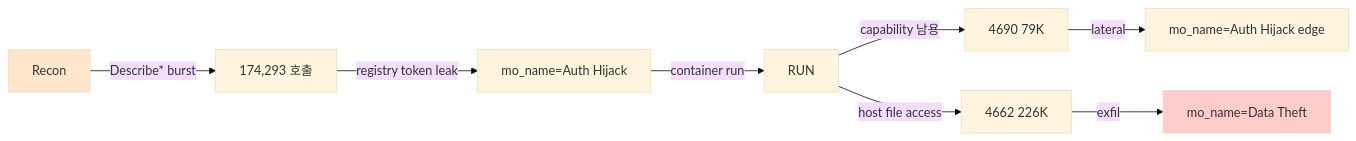
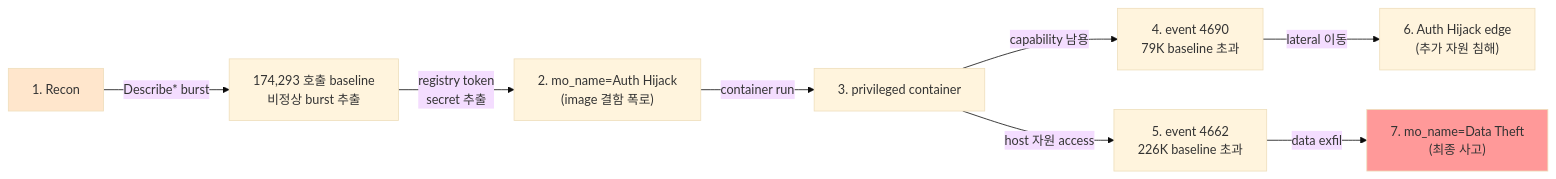
One commit to mrgrit/ccc changed the diagram in contents/education/course6-cloud-container/week08/lecture.md. Above: the diagram before and after it, drawn with Mermaid (base theme). The commit also changed other lines of this file and 12 other files, not shown here.

````diff
--- a/contents/education/course6-cloud-container/week08/lecture.md
+++ b/contents/education/course6-cloud-container/week08/lecture.md
@@ -520,13 +524,13 @@
 ```mermaid
 graph LR
-    R[Recon] -->|Describe* burst| RCN[174,293 호출]
-    RCN -->|registry token leak| AH["mo_name=Auth Hijack"]
-    AH -->|container run| RUN
-    RUN -->|capability 남용| E4690[4690 79K]
-    RUN -->|host file access| E4662[4662 226K]
-    E4690 -->|lateral| LAT["mo_name=Auth Hijack edge"]
-    E4662 -->|exfil| DT["mo_name=Data Theft"]
+    R["1. Recon"] -->|Describe* burst| RCN["174,293 호출 baseline<br/>비정상 burst 추출"]
+    RCN -->|registry token<br/>secret 추출| AH["2. mo_name=Auth Hijack<br/>(image 결함 폭로)"]
+    AH -->|container run| RUN["3. privileged container"]
+    RUN -->|capability 남용| E4690["4. event 4690<br/>79K baseline 초과"]
+    RUN -->|host 자원 access| E4662["5. event 4662<br/>226K baseline 초과"]
+    E4690 -->|lateral 이동| LAT["6. Auth Hijack edge<br/>(추가 자원 침해)"]
+    E4662 -->|data exfil| DT["7. mo_name=Data Theft<br/>(최종 사고)"]
 
     style R fill:#ffe6cc
-    style DT fill:#ffcccc
+    style DT fill:#ff9999
 ```
````
